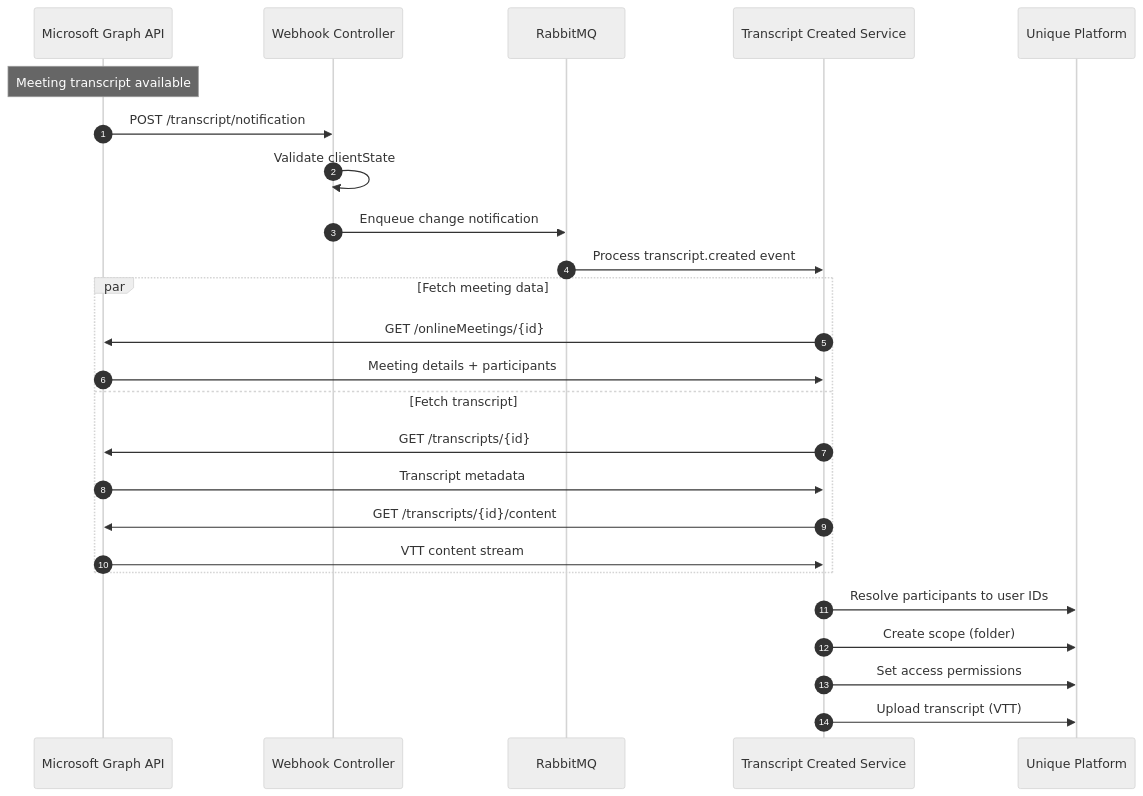
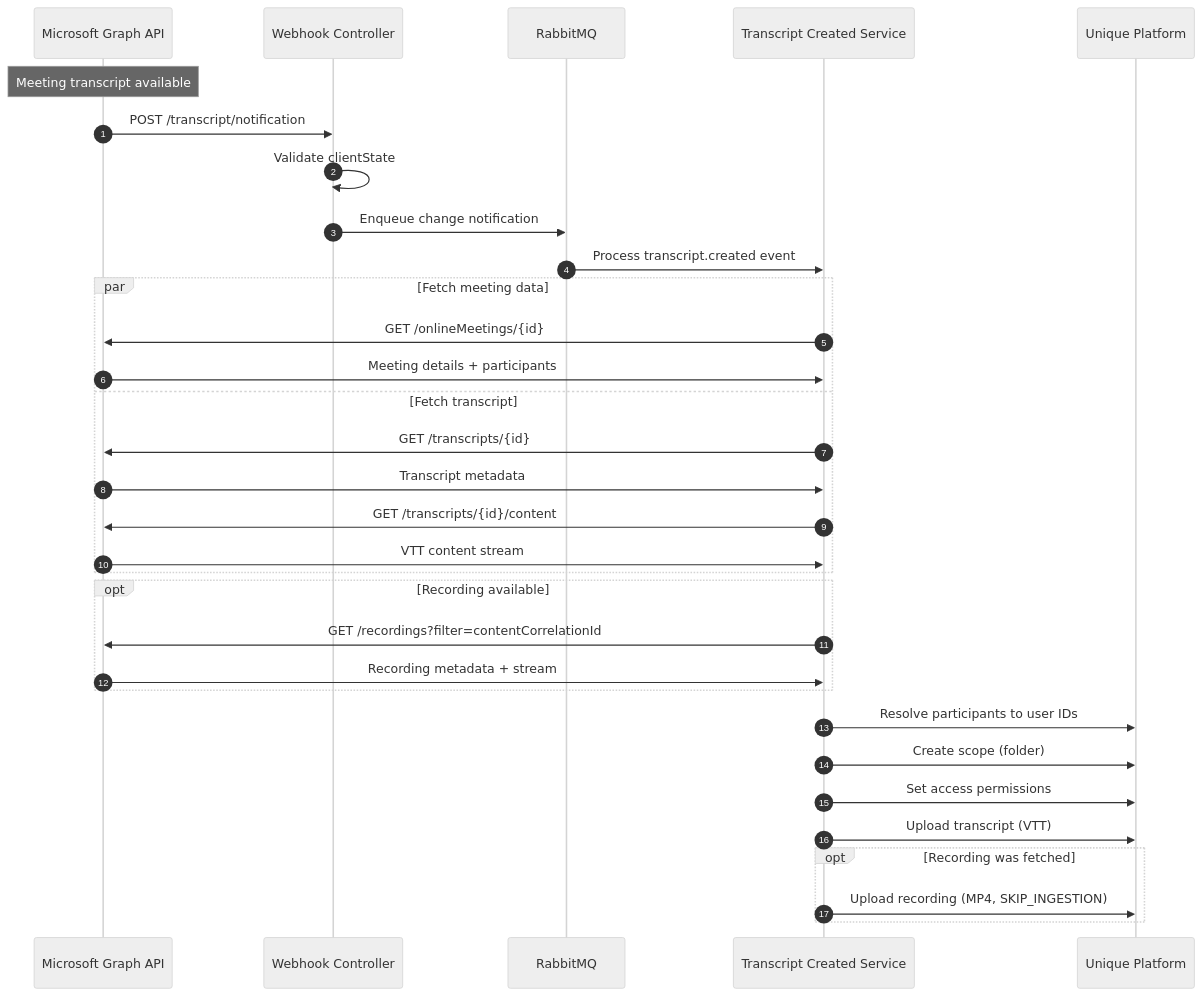
Before and after one commit to Unique-AG/connectors: the seventh of 8 diagrams in services/teams-mcp/docs/technical/flows.md, drawn with Mermaid. The commit also changed other lines of this file and 15 other files, not shown here.

````diff
--- a/services/teams-mcp/docs/technical/flows.md
+++ b/services/teams-mcp/docs/technical/flows.md
@@ -223,32 +223,41 @@
 ```mermaid
 %%{init: {'theme': 'neutral', 'themeVariables': { 'fontSize': '14px' }}}%%
 sequenceDiagram
     autonumber
     participant MSGraph as Microsoft Graph API
     participant Controller as Webhook Controller
     participant RabbitMQ
     participant Service as Transcript Created Service
     participant Unique as Unique Platform
 
     Note over MSGraph: Meeting transcript available
     MSGraph->>Controller: POST /transcript/notification
     Controller->>Controller: Validate clientState
     Controller->>RabbitMQ: Enqueue change notification
 
     RabbitMQ->>Service: Process transcript.created event
 
     par Fetch meeting data
         Service->>MSGraph: GET /onlineMeetings/{id}
         MSGraph->>Service: Meeting details + participants
     and Fetch transcript
         Service->>MSGraph: GET /transcripts/{id}
         MSGraph->>Service: Transcript metadata
         Service->>MSGraph: GET /transcripts/{id}/content
         MSGraph->>Service: VTT content stream
     end
 
+    opt Recording available
+        Service->>MSGraph: GET /recordings?filter=contentCorrelationId
+        MSGraph->>Service: Recording metadata + stream
+    end
+
     Service->>Unique: Resolve participants to user IDs
     Service->>Unique: Create scope (folder)
     Service->>Unique: Set access permissions
     Service->>Unique: Upload transcript (VTT)
+
+    opt Recording was fetched
+        Service->>Unique: Upload recording (MP4, SKIP_INGESTION)
+    end
 ```
````
